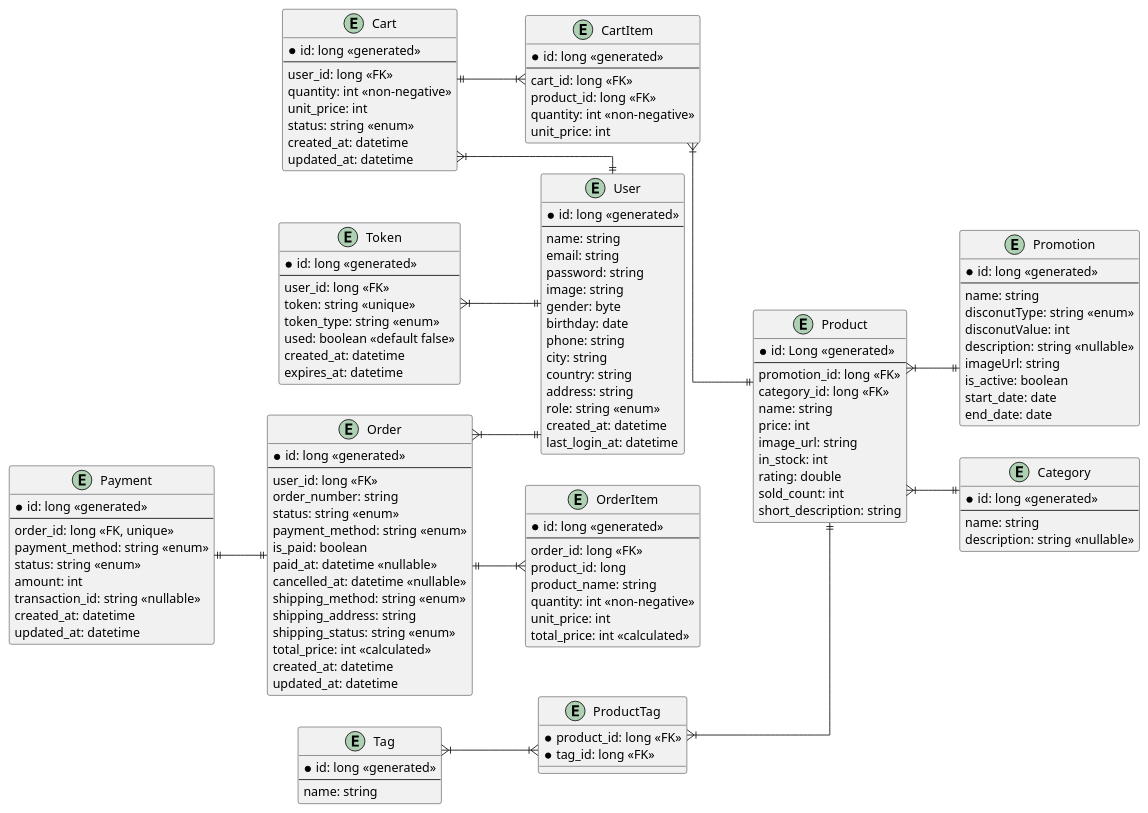
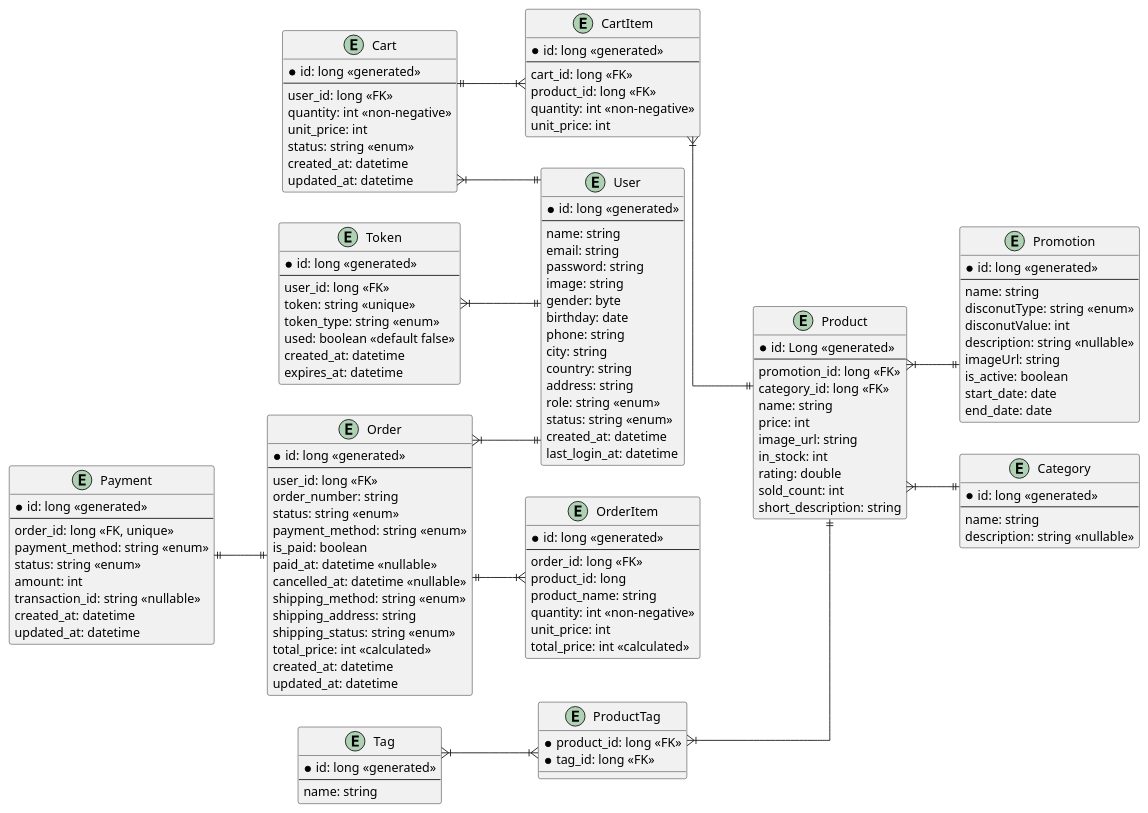
The diagram in docs/er-diagram.puml (honeykokia/ecommerce-docs), drawn with PlantUML before and after one commit. The commit also changed 2 other files, not shown here.

Commit message:
docs: update user scheam status; add resned verification email endpoint
### Update Users Schema
- er-diagram: add status to user for account lifecycle (ACTIVE/INACTIVE/BANNED)
- database-schema: add status column to users to align with er-diagram

### Add Resend Verification Endpoint
- api-spec:
  - add POST /users/verify/resend
  - add request DTO ResendVerificationEmailRequest

```diff
--- a/docs/er-diagram.puml
+++ b/docs/er-diagram.puml
@@ -1,161 +1,163 @@
 @startuml
 
 skinparam linetype ortho
 
 left to right direction
 
 entity "User" as User {
     *id: long <<generated>>
     ---
     name: string
     email: string
     password: string
     image: string
     gender: byte
     birthday: date
     phone: string
     city: string
     country: string
     address: string
     role: string <<enum>>
     'guest, member, admin
+    status: string <<enum>>
+    'ACTIVE, INACTIVE, BANNED
     created_at: datetime
     last_login_at: datetime
 }
 
 entity "Product" as Product {
     *id: Long <<generated>>
     ---
     promotion_id: long <<FK>>
     category_id: long <<FK>>
     name: string
     price: int
     image_url: string
     in_stock: int
     rating: double
     sold_count: int
     short_description: string
 }
 entity "CartItem" as CartItem {
     *id: long <<generated>>
     ---
     cart_id: long <<FK>>
     product_id: long <<FK>>
     quantity: int <<non-negative>>
     unit_price: int
 }
 
 entity "Cart" as Cart {
     *id: long <<generated>>
     ---
     user_id: long <<FK>>
     quantity: int <<non-negative>>
     unit_price: int
     status: string <<enum>>
     'ACTIVE, CHECKED_OUT, ABANDONED
     created_at: datetime
     updated_at: datetime
 }
 
 entity "Order" as Order {
     *id: long <<generated>>
     ---
     user_id: long <<FK>>
     order_number: string
     status: string <<enum>>
     'PENDING, PAID, CANCELLED, SHIPPED, COMPLETED
     payment_method: string <<enum>> 
     'CREDIT_CARD, PAYPAL
     is_paid: boolean
     paid_at: datetime <<nullable>>
     cancelled_at: datetime <<nullable>>
     shipping_method: string <<enum>>
     'STANDARD, EXPRESS
     shipping_address: string
     shipping_status: string <<enum>>
     'PENDING, IN_TRANSIT, DELIVERED
     total_price: int <<calculated>>
     created_at: datetime
     updated_at: datetime
 }
 
 entity "OrderItem" as OrderItem{
     *id: long <<generated>>
     ---
     order_id: long <<FK>>
     product_id: long
     product_name: string
     quantity: int <<non-negative>>
     unit_price: int
     total_price: int <<calculated>>
 }
 
 entity "Promotion" as Promotion {
     *id: long <<generated>>
     ---
     name: string
     disconutType: string <<enum>>
     'PERCENTAGE, FIXED_AMOUNT
     disconutValue: int
     description: string <<nullable>>
     imageUrl: string
     is_active: boolean
     start_date: date
     end_date: date
 }
 
 entity "Payment" as Payment {
     *id: long <<generated>>
     ---
     order_id: long <<FK, unique>>
     payment_method: string <<enum>> 
     'CREDIT_CARD, PAYPAL, BANK_TRANSFER
     status: string <<enum>>
     'PENDING, COMPLETED, FAILED
     amount: int 
     transaction_id: string <<nullable>>
     created_at: datetime
     updated_at: datetime
 }
 
 entity "Category" as Category {
     *id: long <<generated>>
     ---
     name: string
     description: string <<nullable>>
 }
 
 entity "Tag" as Tag{
     *id: long <<generated>>
     ---
     name: string
 }
 entity "ProductTag" as ProductTag {
     *product_id: long <<FK>>
     *tag_id: long <<FK>>
 }
 
 entity "Token" as Token {
     *id: long <<generated>>
     ---
     user_id: long <<FK>>
     token: string <<unique>>
     token_type: string <<enum>>
     'forgetPassword, emailVerification
     used: boolean <<default false>>
     created_at: datetime
     expires_at: datetime
 }
 
 Tag }|--|{ ProductTag
 ProductTag }|--|| Product
 Cart }|--|| User
 Cart ||--|{ CartItem
 CartItem }|--|| Product
 Order }|--|| User
 Order ||--|{ OrderItem
 Product }|--|| Promotion
 Product }|--|| Category
 Payment ||--|| Order
 Token }|--|| User
 @enduml
```
